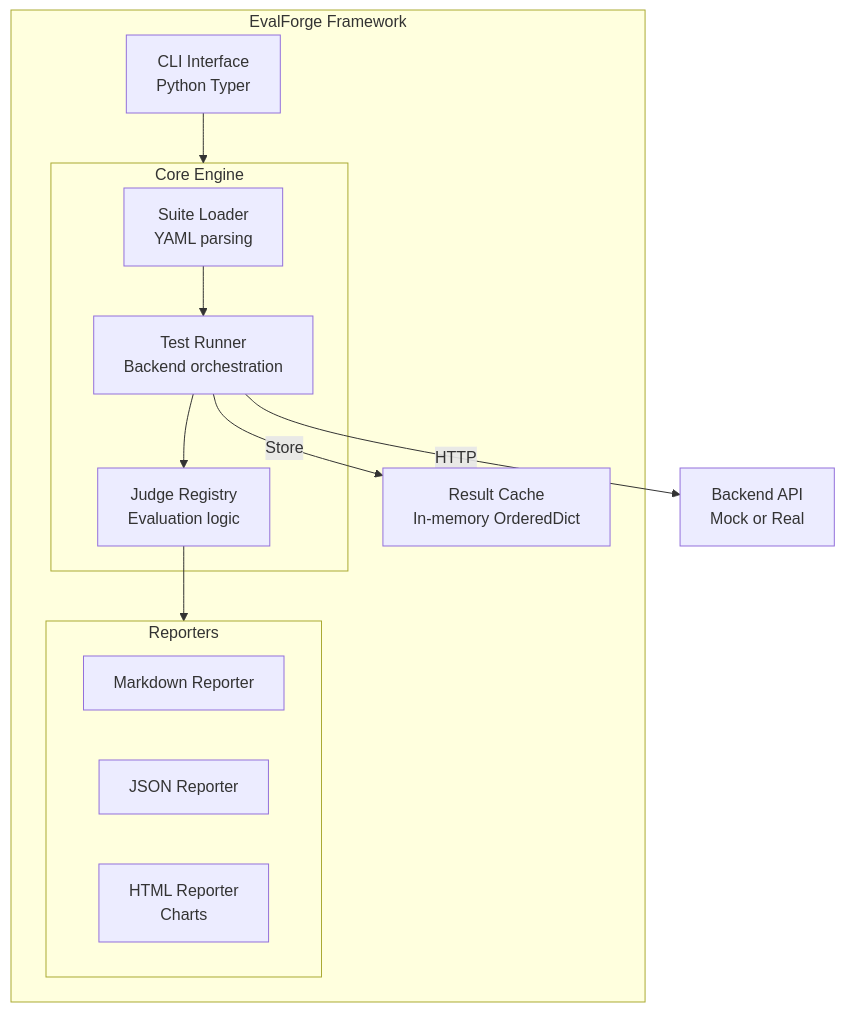
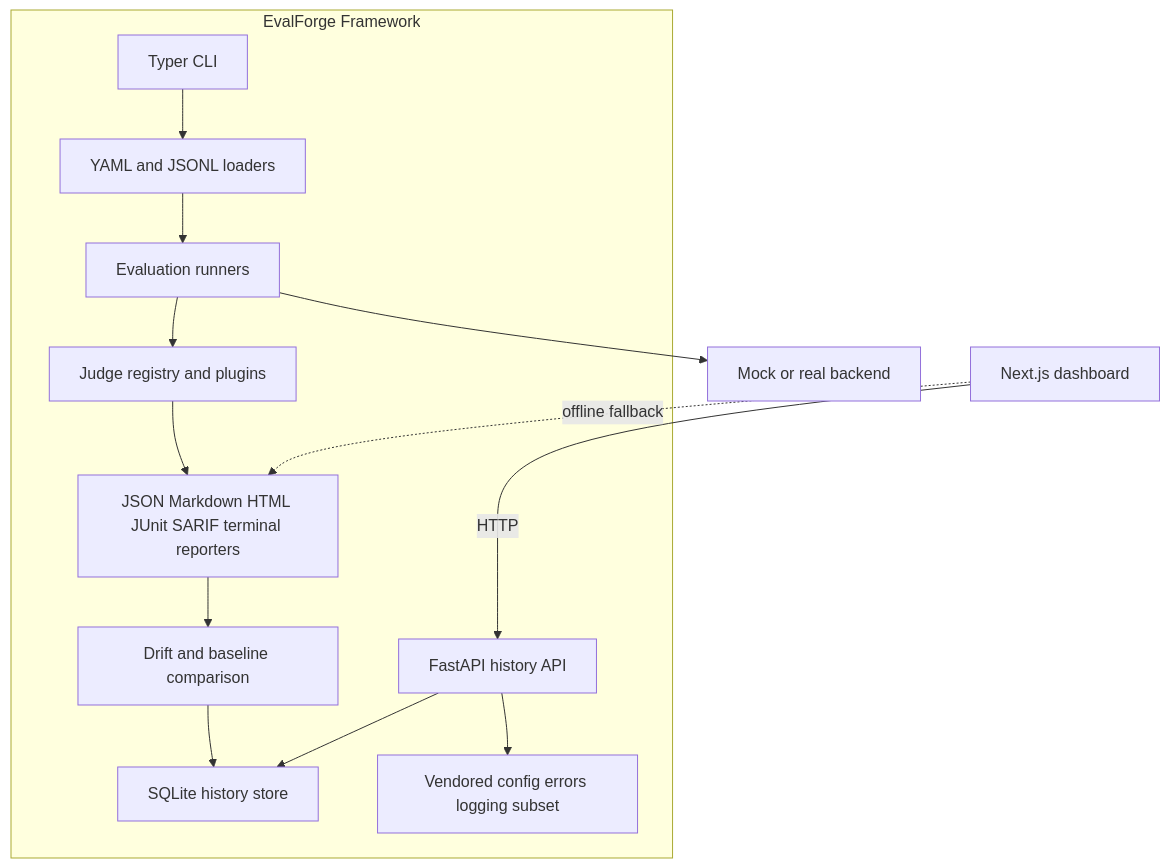
Before and after one commit to FishRaposo/evalforge: the second of 3 diagrams in docs/architecture/c4.md, drawn with Mermaid. The commit also changed other lines of this file and 50 other files, not shown here.

````diff
--- a/docs/architecture/c4.md
+++ b/docs/architecture/c4.md
@@ -20,29 +19,29 @@
 ```mermaid
 graph TB
     subgraph EvalForge[EvalForge Framework]
-        CLI[CLI Interface<br/>Python Typer]
-
-        subgraph Core[Core Engine]
-            Loader[Suite Loader<br/>YAML parsing]
-            Runner[Test Runner<br/>Backend orchestration]
-            Judges[Judge Registry<br/>Evaluation logic]
-        end
-
-        subgraph Reporters[Reporters]
-            Markdown[Markdown Reporter]
-            JSON[JSON Reporter]
-            HTML[HTML Reporter<br/>Charts]
-        end
-
-        Cache[Result Cache<br/>In-memory OrderedDict]
+        CLI[Typer CLI]
+        Loader[YAML and JSONL loaders]
+        Runner[Evaluation runners]
+        Judges[Judge registry and plugins]
+        Reports[JSON Markdown HTML JUnit SARIF terminal reporters]
+        Drift[Drift and baseline comparison]
+        History[SQLite history store]
+        API[FastAPI history API]
+        Shared[Vendored config errors logging subset]
     end
 
-    Backend[Backend API<br/>Mock or Real]
+    Backend[Mock or real backend]
+    Dashboard[Next.js dashboard]
 
-    CLI --> Core
+    CLI --> Loader
     Loader --> Runner
-    Runner -->|HTTP| Backend
+    Runner --> Backend
     Runner --> Judges
-    Judges --> Reporters
-    Runner -->|Store| Cache
+    Judges --> Reports
+    Reports --> Drift
+    Drift --> History
+    API --> History
+    API --> Shared
+    Dashboard -->|HTTP| API
+    Dashboard -.->|offline fallback| Reports
 ```
````
